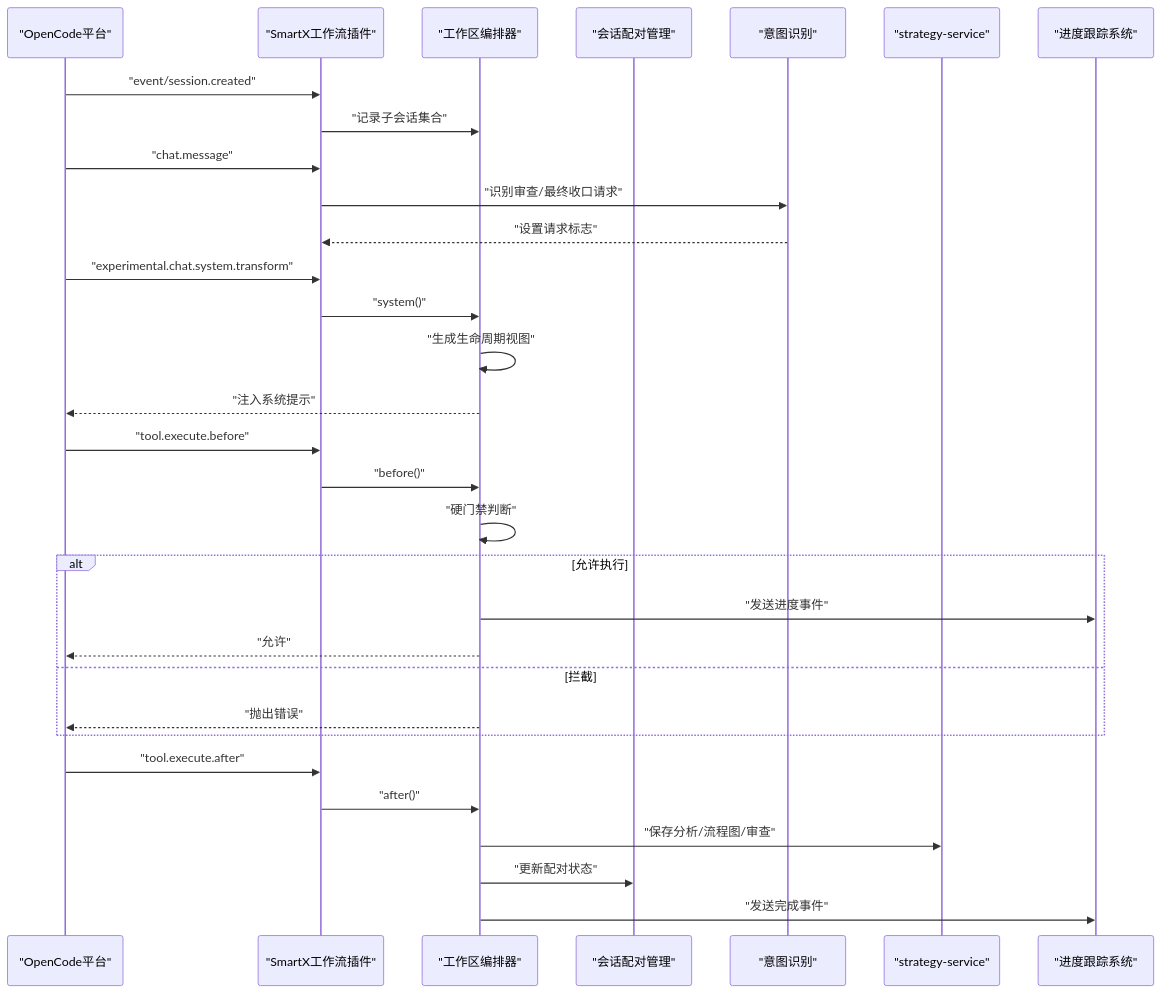
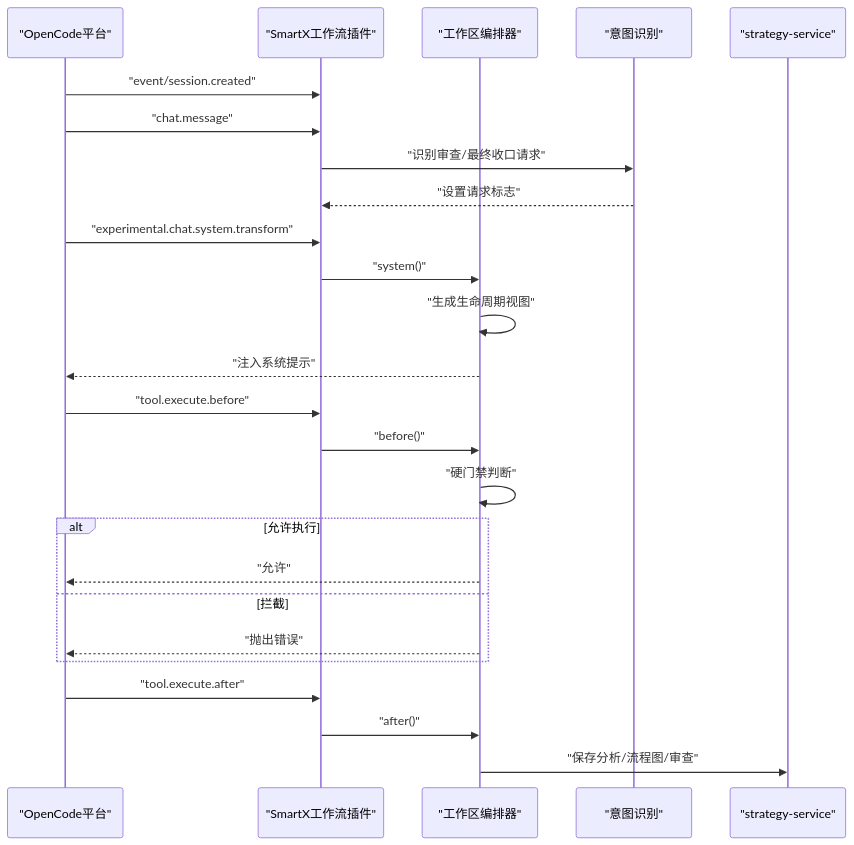
The second of 4 diagrams in .lingma/repowiki/zh/content/API参考/SmartX工作流API.md (89780012/opencode), drawn with Mermaid before and after one commit. The commit also changed other lines of this file and 24 other files, not shown here.

````diff
--- a/.lingma/repowiki/zh/content/API参考/SmartX工作流API.md
+++ b/.lingma/repowiki/zh/content/API参考/SmartX工作流API.md
@@ -131,33 +116,27 @@
 ```mermaid
 sequenceDiagram
 participant OC as "OpenCode平台"
 participant SW as "SmartX工作流插件"
 participant WS as "工作区编排器"
-participant PAIR as "会话配对管理"
 participant INTENT as "意图识别"
 participant SVC as "strategy-service"
-participant PROG as "进度跟踪系统"
 OC->>SW : "event/session.created"
-SW->>WS : "记录子会话集合"
 OC->>SW : "chat.message"
 SW->>INTENT : "识别审查/最终收口请求"
 INTENT-->>SW : "设置请求标志"
 OC->>SW : "experimental.chat.system.transform"
 SW->>WS : "system()"
 WS->>WS : "生成生命周期视图"
 WS-->>OC : "注入系统提示"
 OC->>SW : "tool.execute.before"
 SW->>WS : "before()"
 WS->>WS : "硬门禁判断"
 alt 允许执行
-WS->>PROG : "发送进度事件"
 WS-->>OC : "允许"
 else 拦截
 WS-->>OC : "抛出错误"
 end
 OC->>SW : "tool.execute.after"
 SW->>WS : "after()"
 WS->>SVC : "保存分析/流程图/审查"
-WS->>PAIR : "更新配对状态"
-WS->>PROG : "发送完成事件"
 ```
````
